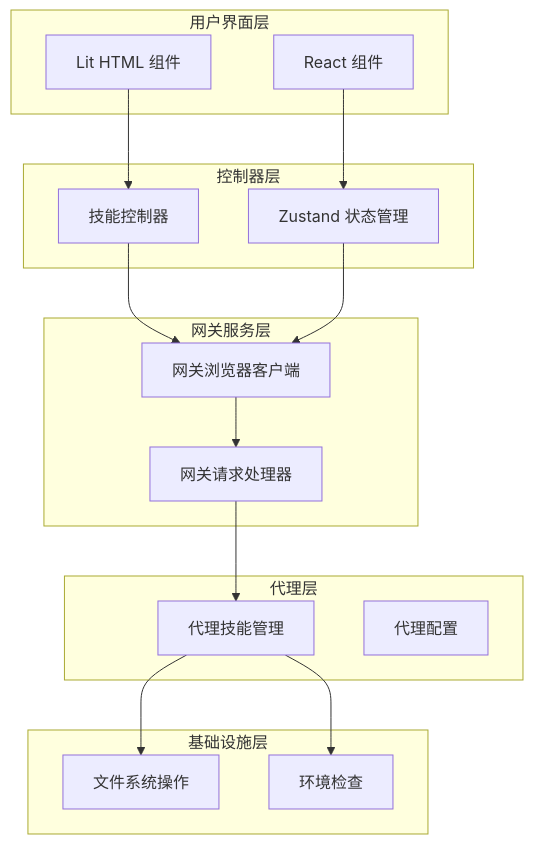
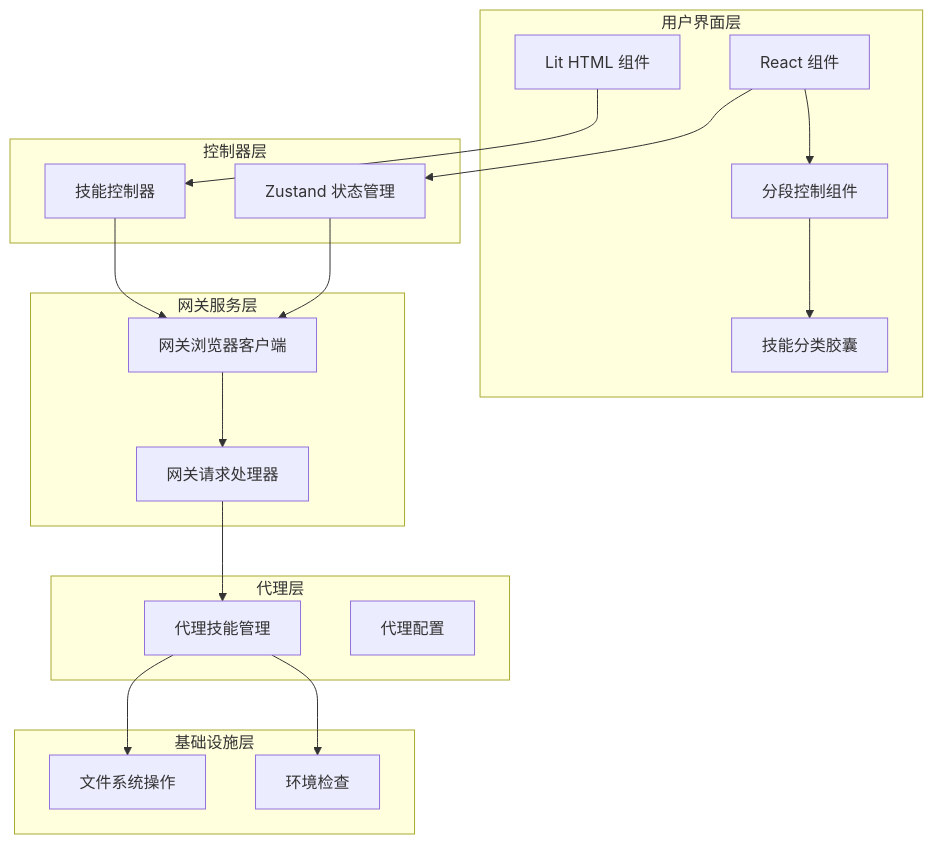
Before and after one commit to verse-ai-org/openclaw: the first of 8 diagrams in .qoder/repowiki/zh/content/Web界面/UI组件系统/技能工具栏.md, drawn with Mermaid. The commit also changed other lines of this file and 13 other files, not shown here.

````diff
--- a/.qoder/repowiki/zh/content/Web界面/UI组件系统/技能工具栏.md
+++ b/.qoder/repowiki/zh/content/Web界面/UI组件系统/技能工具栏.md
@@ -46,31 +57,35 @@
 ```mermaid
 graph TB
 subgraph "用户界面层"
 UI_Lit[Lit HTML 组件]
 UI_React[React 组件]
+SegmentedControl[分段控制组件]
+SkillCategoryPills[技能分类胶囊]
 end
 subgraph "控制器层"
 Ctrl_Skills[技能控制器]
 Store_Skills[Zustand 状态管理]
 end
 subgraph "网关服务层"
 GW_Methods[网关请求处理器]
 GW_Client[网关浏览器客户端]
 end
 subgraph "代理层"
 Agent_Skills[代理技能管理]
 Agent_Config[代理配置]
 end
 subgraph "基础设施层"
 FS_Operations[文件系统操作]
 Env_Checks[环境检查]
 end
 UI_Lit --> Ctrl_Skills
 UI_React --> Store_Skills
+UI_React --> SegmentedControl
+SegmentedControl --> SkillCategoryPills
 Ctrl_Skills --> GW_Client
 Store_Skills --> GW_Client
 GW_Client --> GW_Methods
 GW_Methods --> Agent_Skills
 Agent_Skills --> FS_Operations
 Agent_Skills --> Env_Checks
 ```
````
